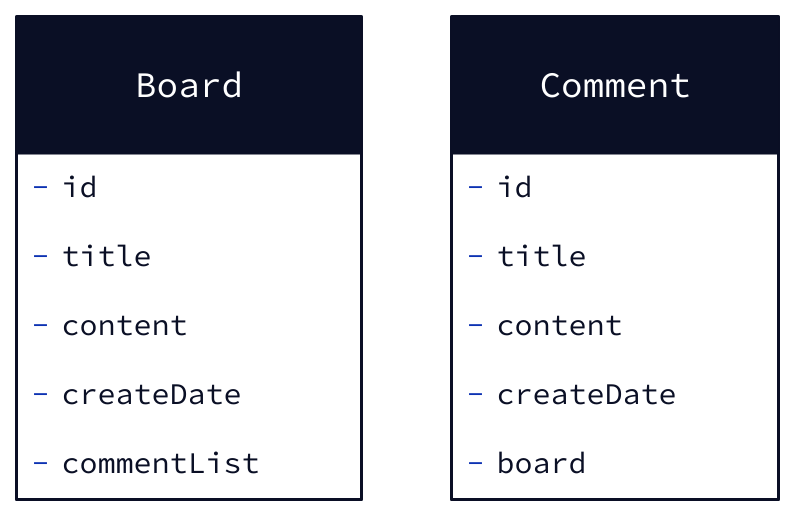
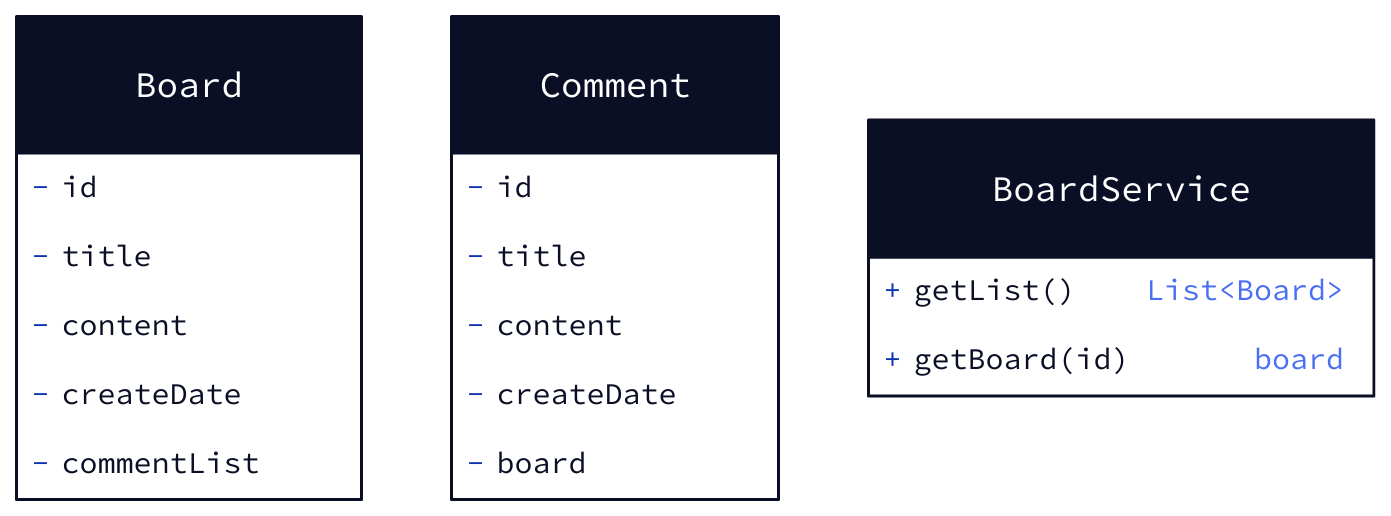
Before and after one commit to soljeong/blog: the diagram in class.d2, drawn with D2. The commit also changed 7 other files, not shown here.

```diff
--- a/class.d2
+++ b/class.d2
@@ -1,19 +1,26 @@
 Board: {
   shape: class
 
   -id
   -title
   -content
   -createDate
   -commentList
 }
 
 Comment: {
   shape: class
 
   -id
   -title
   -content
   -createDate
   -board
 }
+
+BoardService : {
+  shape : class
+
+  getList() : List<Board>
+  getBoard(id) : board
+}
```
